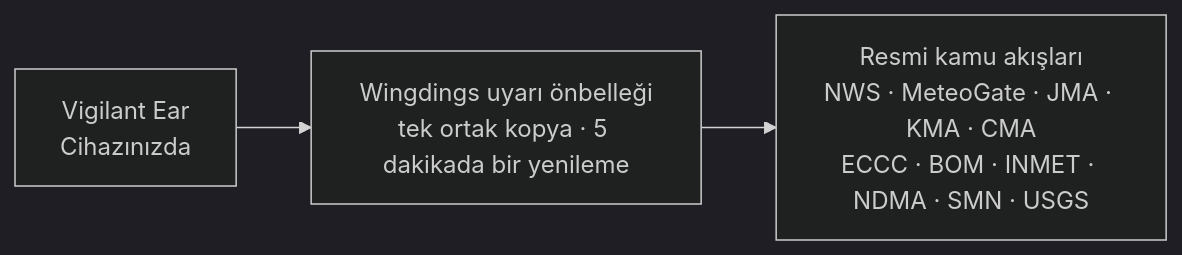
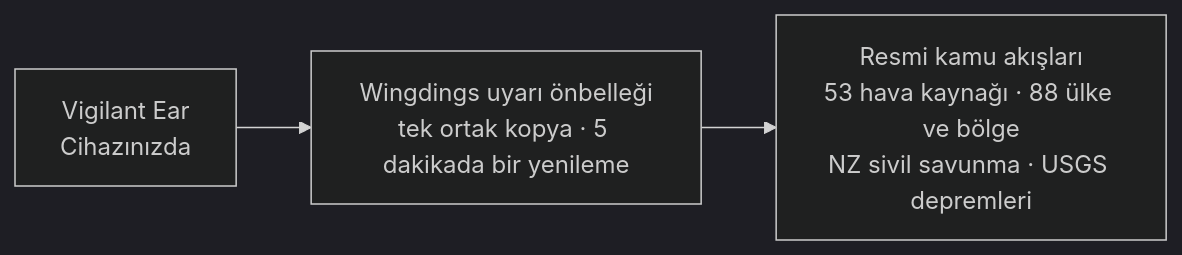
One commit to rpalm01-star/VigilantEarLegal changed the fourth of 4 diagrams in README_tr.md. Above: the diagram before and after it, drawn with Mermaid (dark theme). The commit also changed other lines of this file and 44 other files, not shown here.

````diff
--- a/README_tr.md
+++ b/README_tr.md
@@ -171,5 +171,5 @@
 ```mermaid
 graph LR
     P1["Vigilant Ear<br/>Cihazınızda"] --> W["Wingdings uyarı önbelleği<br/>tek ortak kopya · 5 dakikada bir yenileme"]
-    W --> N["Resmi kamu akışları<br/>NWS · MeteoGate · JMA · KMA · CMA<br/>ECCC · BOM · INMET · NDMA · SMN · USGS"]
+    W --> N["Resmi kamu akışları<br/>53 hava kaynağı · 88 ülke ve bölge<br/>NZ sivil savunma · USGS depremleri"]
 ```
````
